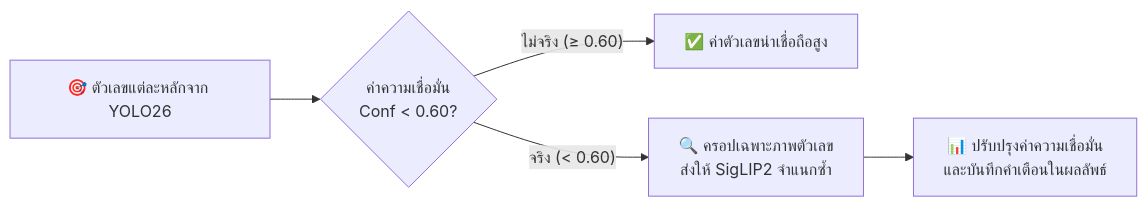
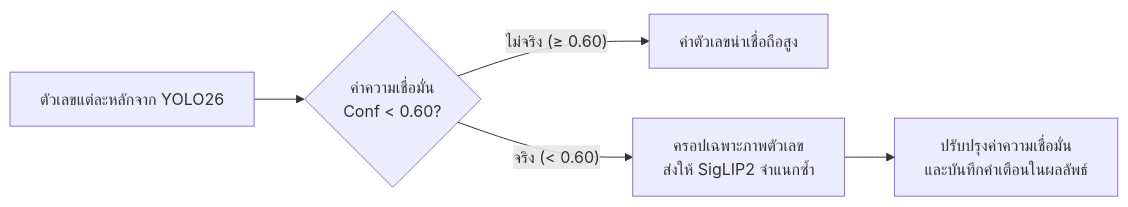
One commit to jirathxz/meter-reader changed diagram 16 of 17 in TUTORIAL.md. Above: the diagram before and after it, drawn with Mermaid. The commit also changed other lines of this file and 1 other file, not shown here.

Commit message:
style(docs): remove all emojis across documentation and mermaid diagrams

````diff
--- a/TUTORIAL.md
+++ b/TUTORIAL.md
@@ -1189,7 +1189,7 @@
 ```mermaid
 flowchart LR
-  CC1["🎯 ตัวเลขแต่ละหลักจาก YOLO26"] --> CCC{"ค่าความเชื่อมั่น<br/>Conf < 0.60?"}
-  CCC -->|"ไม่จริง (≥ 0.60)"| CCR["✅ ค่าตัวเลขน่าเชื่อถือสูง"]
-  CCC -->|"จริง (< 0.60)"| CCS["🔍 ครอปเฉพาะภาพตัวเลข<br/>ส่งให้ SigLIP2 จำแนกซ้ำ"]
-  CCS --> CCU["📊 ปรับปรุงค่าความเชื่อมั่น<br/>และบันทึกคำเตือนในผลลัพธ์"]
+  CC1["ตัวเลขแต่ละหลักจาก YOLO26"] --> CCC{"ค่าความเชื่อมั่น<br/>Conf < 0.60?"}
+  CCC -->|"ไม่จริง (≥ 0.60)"| CCR["ค่าตัวเลขน่าเชื่อถือสูง"]
+  CCC -->|"จริง (< 0.60)"| CCS["ครอปเฉพาะภาพตัวเลข<br/>ส่งให้ SigLIP2 จำแนกซ้ำ"]
+  CCS --> CCU["ปรับปรุงค่าความเชื่อมั่น<br/>และบันทึกคำเตือนในผลลัพธ์"]
 ```
````
